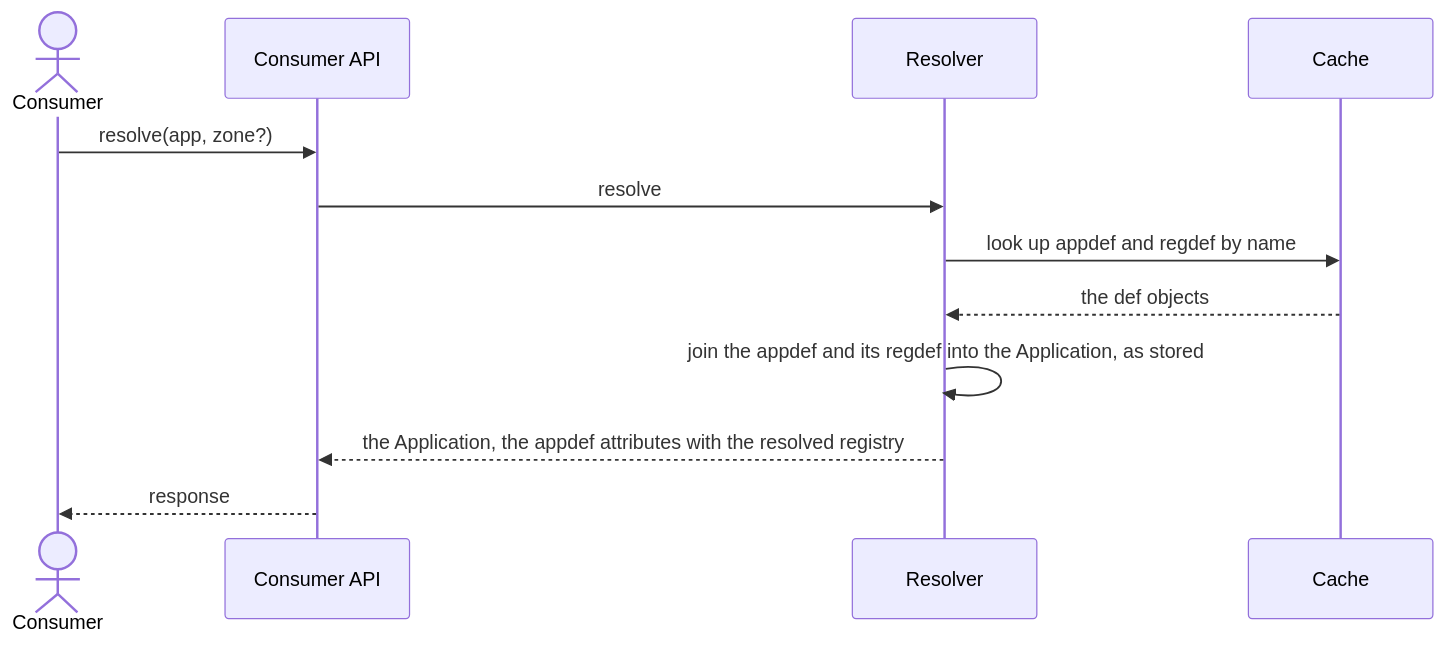
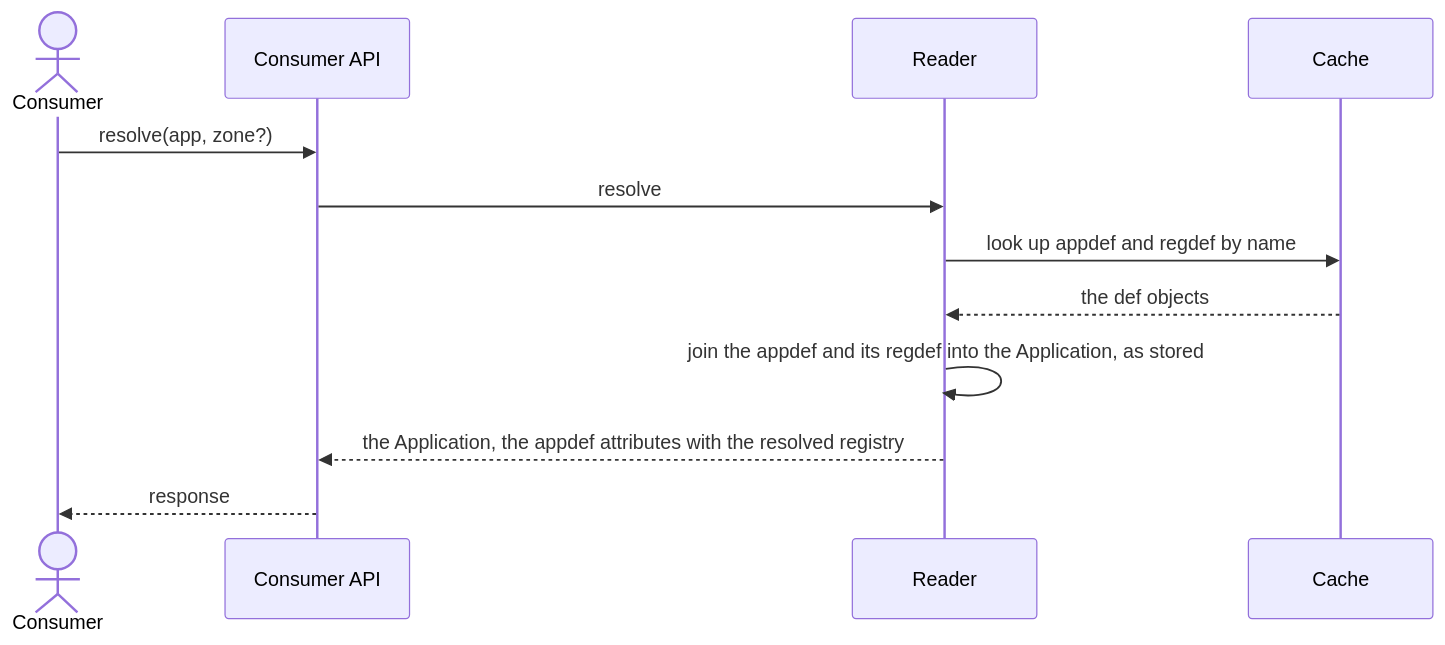
Before and after one commit to Netcracker/qubership-envgene: the third of 5 diagrams in docs/analysis/app-reg-def/service/architecture.md, drawn with Mermaid. The commit also changed other lines of this file and 5 other files, not shown here.

````diff
--- a/docs/analysis/app-reg-def/service/architecture.md
+++ b/docs/analysis/app-reg-def/service/architecture.md
@@ -73,14 +75,14 @@
 ```mermaid
 sequenceDiagram
   actor C as Consumer
   participant API as Consumer API
-  participant R as Resolver
+  participant R as Reader
   participant Cache
   C->>API: resolve(app, zone?)
   API->>R: resolve
   R->>Cache: look up appdef and regdef by name
   Cache-->>R: the def objects
   R->>R: join the appdef and its regdef into the Application, as stored
   R-->>API: the Application, the appdef attributes with the resolved registry
   API-->>C: response
 ```
````
